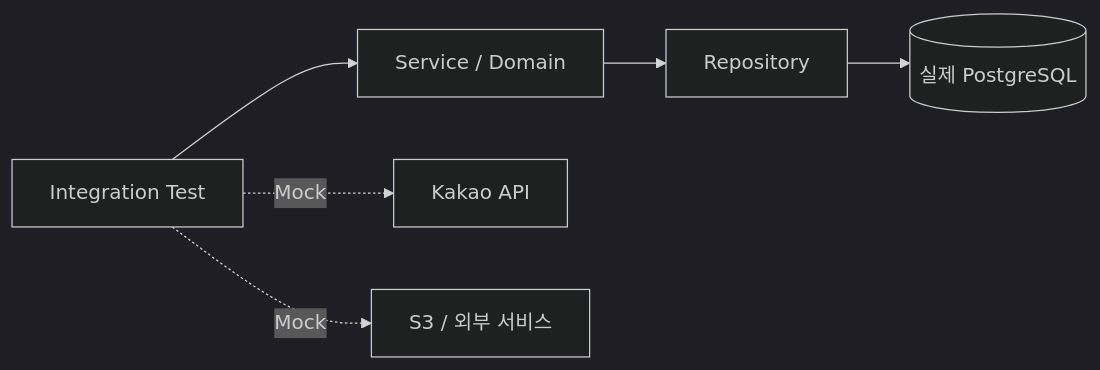
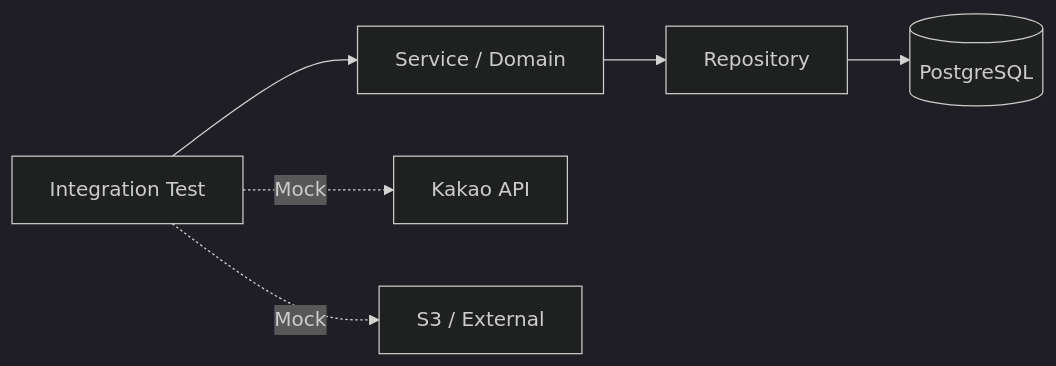
The sixth of 7 diagrams in README.md (clainyun/caring-showcase), drawn with Mermaid (dark theme) before and after one commit. The commit also changed other lines of this file, not shown here.

````diff
--- a/README.md
+++ b/README.md
@@ -621,9 +592,9 @@
 ```mermaid
 flowchart LR
     A[Integration Test] --> B[Service / Domain]
     B --> C[Repository]
-    C --> D[(실제 PostgreSQL)]
+    C --> D[(PostgreSQL)]
 
     A -. Mock .-> E[Kakao API]
-    A -. Mock .-> F[S3 / 외부 서비스]
+    A -. Mock .-> F[S3 / External]
 ```
````
